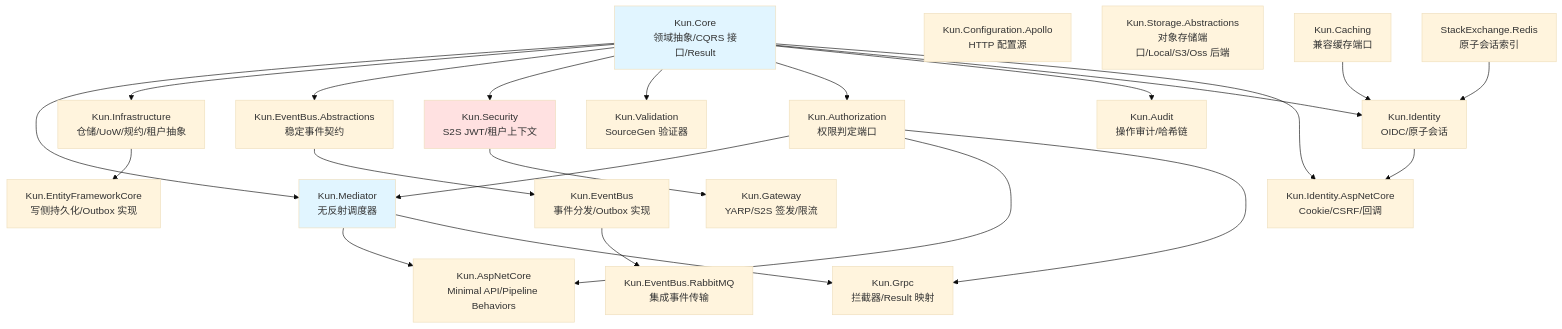
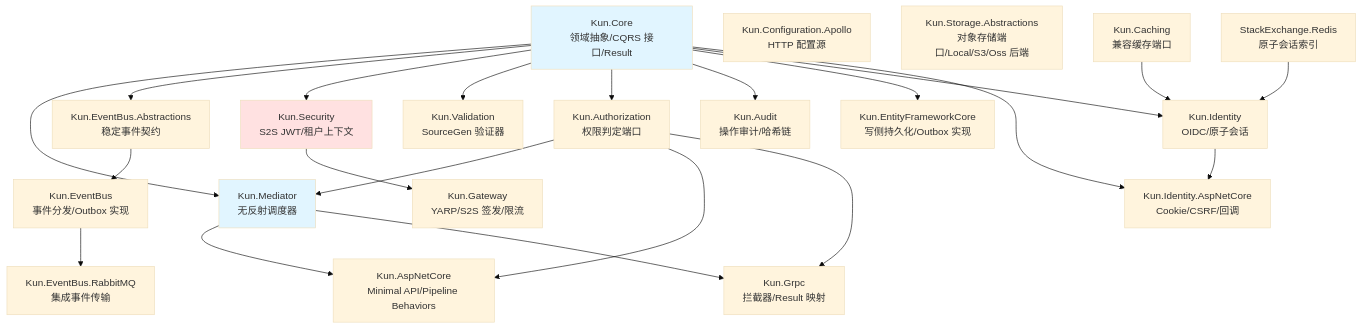
Before and after one commit to CavaiLAB/kun: the diagram in docs/design/module-map.md, drawn with Mermaid (base theme). The commit also changed other lines of this file and 24 other files, not shown here.

````diff
--- a/docs/design/module-map.md
+++ b/docs/design/module-map.md
@@ -138,35 +137,34 @@
 ```mermaid
 graph TD
     Core[Kun.Core<br/>领域抽象/CQRS 接口/Result] --> Mediator[Kun.Mediator<br/>无反射调度器]
-    Core --> Infra[Kun.Infrastructure<br/>仓储/UoW/规约/租户抽象]
     Core --> EventContracts[Kun.EventBus.Abstractions<br/>稳定事件契约]
     EventContracts --> EventBus[Kun.EventBus<br/>事件分发/Outbox 实现]
     Core --> Security[Kun.Security<br/>S2S JWT/租户上下文]
     Core --> Validation[Kun.Validation<br/>SourceGen 验证器]
     Core --> Authorization[Kun.Authorization<br/>权限判定端口]
     Authorization --> Mediator
     Authorization --> AspNet
     Authorization --> Grpc
     Apollo[Kun.Configuration.Apollo<br/>HTTP 配置源]
     Core --> Audit[Kun.Audit<br/>操作审计/哈希链]
 
-    Infra --> EfCore[Kun.EntityFrameworkCore<br/>写侧持久化/Outbox 实现]
+    Core --> EfCore[Kun.EntityFrameworkCore<br/>写侧持久化/Outbox 实现]
 
     EventBus --> RabbitMq[Kun.EventBus.RabbitMQ<br/>集成事件传输]
 
     Storage[Kun.Storage.Abstractions<br/>对象存储端口/Local/S3/Oss 后端]
 
     Mediator --> AspNet[Kun.AspNetCore<br/>Minimal API/Pipeline Behaviors]
     Mediator --> Grpc[Kun.Grpc<br/>拦截器/Result 映射]
 
     Security --> Gateway[Kun.Gateway<br/>YARP/S2S 签发/限流]
     Core --> Identity[Kun.Identity<br/>OIDC/原子会话]
     Caching[Kun.Caching<br/>兼容缓存端口] --> Identity
     RedisClient[StackExchange.Redis<br/>原子会话索引] --> Identity
     Identity --> IdentityWeb[Kun.Identity.AspNetCore<br/>Cookie/CSRF/回调]
     Core --> IdentityWeb
 
     style Core fill:#e1f5ff
     style Mediator fill:#e1f5ff
     style Security fill:#ffe1e1
 ```
````
